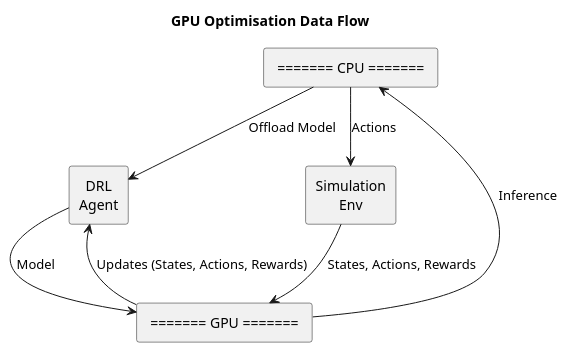
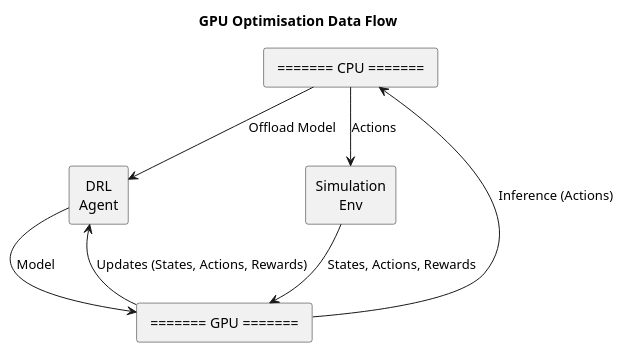
The diagram in doc/diagrams/gpu-block.plantuml (RalleyD/walking_with_DRLs), drawn with PlantUML before and after one commit. The commit also changed 1 other file, not shown here.

Commit message:
gpu optimisation block diagram

```diff
--- a/doc/diagrams/gpu-block.plantuml
+++ b/doc/diagrams/gpu-block.plantuml
@@ -1,20 +1,20 @@
 @startuml GPU
 
 title GPU Optimisation Data Flow
 
 skinparam componentStyle rectangle
 skinparam defaultTextAlignment center
 
 rectangle " ======= CPU ======= " as CPU
 rectangle "Simulation\nEnv" as SIM
 rectangle "DRL\nAgent" as DRL
 rectangle " ======= GPU ======= " as GPU
 
 CPU --> SIM : Actions
 CPU --> DRL : Offload Model
 DRL --> GPU : Model
 SIM --> GPU : States, Actions, Rewards
 GPU -up-> DRL: Updates (States, Actions, Rewards)
-GPU -up-> CPU: Inference
+GPU -up-> CPU: Inference (Actions)
 
 @enduml
```
